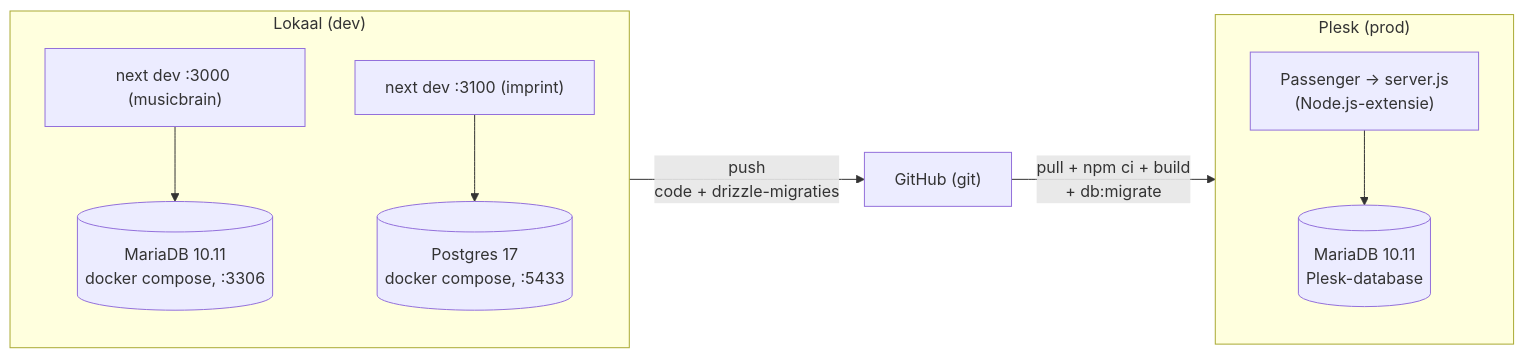
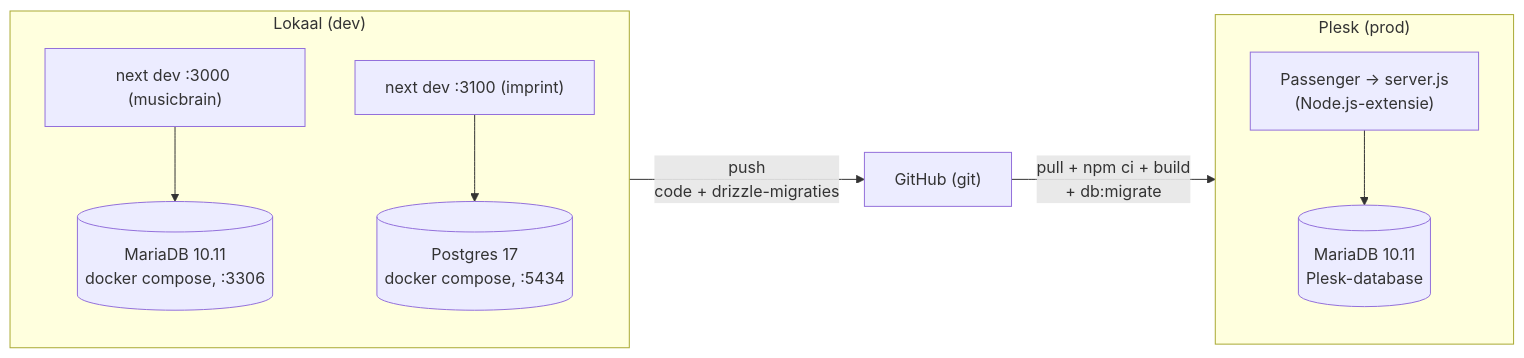
One commit to MarkWestbroek/imprint-engine changed the tenth of 12 diagrams in docs/architecture.md. Above: the diagram before and after it, drawn with Mermaid. The commit also changed other lines of this file and 33 other files, not shown here.

````diff
--- a/docs/architecture.md
+++ b/docs/architecture.md
@@ -751,13 +774,13 @@
 ```mermaid
 flowchart LR
     subgraph dev["Lokaal (dev)"]
         NX["next dev :3000 (musicbrain)"] --> MDBL[("MariaDB 10.11<br/>docker compose, :3306")]
-        NXI["next dev :3100 (imprint)"] --> PGL[("Postgres 17<br/>docker compose, :5433")]
+        NXI["next dev :3100 (imprint)"] --> PGL[("Postgres 17<br/>docker compose, :5434")]
     end
     subgraph plesk["Plesk (prod)"]
         PSG["Passenger → server.js<br/>(Node.js-extensie)"] --> MDBP[("MariaDB 10.11<br/>Plesk-database")]
     end
     GH["GitHub (git)"]
     dev -- "push<br/>code + drizzle-migraties" --> GH
     GH -- "pull + npm ci + build<br/>+ db:migrate" --> plesk
 ```
````
